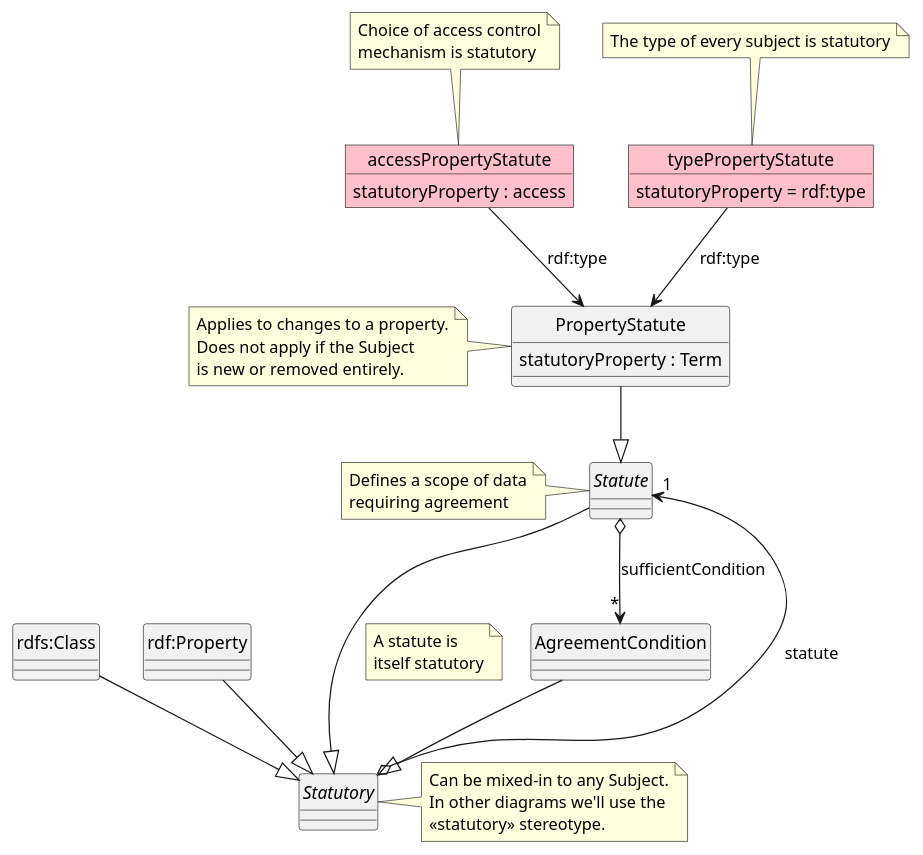
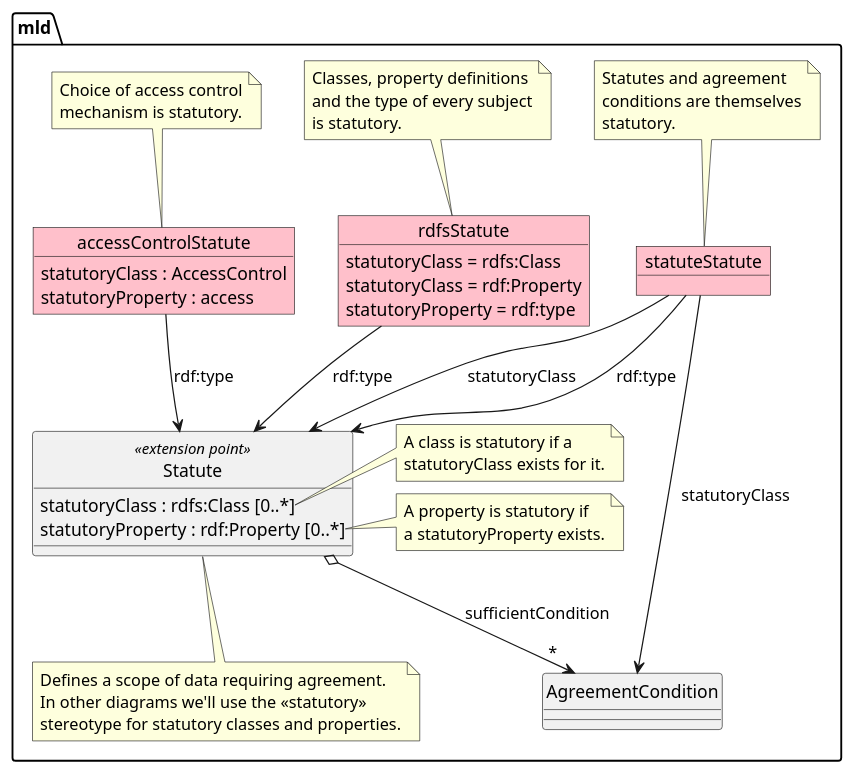
One commit to m-ld/m-ld-security-spec changed the diagram in design/statute.class.puml. Above: the diagram before and after it, drawn with PlantUML. The commit also changed 24 other files, not shown here.

```diff
--- a/design/statute.class.puml
+++ b/design/statute.class.puml
@@ -1,63 +1,65 @@
 @startuml
 'https://plantuml.com/object-diagram
 
 hide circle
 
 skinparam object {
   BackgroundColor Pink
 }
 
-abstract class Statute
-note left
-  Defines a scope of data
-  requiring agreement
+package mld {
+
+class Statute <<extension point>> {
+  statutoryClass : rdfs:Class [0..*]
+  statutoryProperty : rdf:Property [0..*]
+}
+note bottom
+Defines a scope of data requiring agreement.
+In other diagrams we'll use the <<statutory>>
+stereotype for statutory classes and properties.
+end note
+note right of Statute::statutoryClass
+A class is statutory if a
+statutoryClass exists for it.
+end note
+note right of Statute::statutoryProperty
+A property is statutory if
+a statutoryProperty exists.
 end note
 
 Statute o--> "*" AgreementCondition : sufficientCondition
-AgreementCondition --|> Statutory
 
-class PropertyStatute {
-  statutoryProperty : Term
+object statuteStatute
+note top
+Statutes and agreement
+conditions are themselves
+statutory.
+end note
+statuteStatute --> Statute : statutoryClass
+statuteStatute --> Statute : rdf:type
+statuteStatute --> AgreementCondition : statutoryClass
+
+object rdfsStatute {
+  statutoryClass = rdfs:Class
+  statutoryClass = rdf:Property
+  statutoryProperty = rdf:type
 }
-note left of PropertyStatute
-Applies to changes to a property.
-Does not apply if the Subject
-is new or removed entirely.
+note top
+  Classes, property definitions
+  and the type of every subject
+  is statutory.
 end note
+rdfsStatute --> Statute : rdf:type
 
-abstract class Statutory
-note right
-Can be mixed-in to any Subject.
-In other diagrams we'll use the
-<<statutory>> stereotype.
-end note
-Statutory o--> "1" Statute : statute
-PropertyStatute --|> Statute
-
-Statute --|> Statutory
-note on link
-A statute is
-itself statutory
-end note
-
-object accessPropertyStatute {
+object accessControlStatute {
+  statutoryClass : AccessControl
   statutoryProperty : access
 }
 note top
   Choice of access control
-  mechanism is statutory
+  mechanism is statutory.
 end note
-accessPropertyStatute --> PropertyStatute : rdf:type
+accessControlStatute --> Statute : rdf:type
 
-object typePropertyStatute {
-  statutoryProperty = rdf:type
 }
-note top
-  The type of every subject is statutory
-end note
-typePropertyStatute --> PropertyStatute : rdf:type
-
-"rdfs:Class" --|> Statutory
-"rdf:Property" --|> Statutory
-
 @enduml
```
